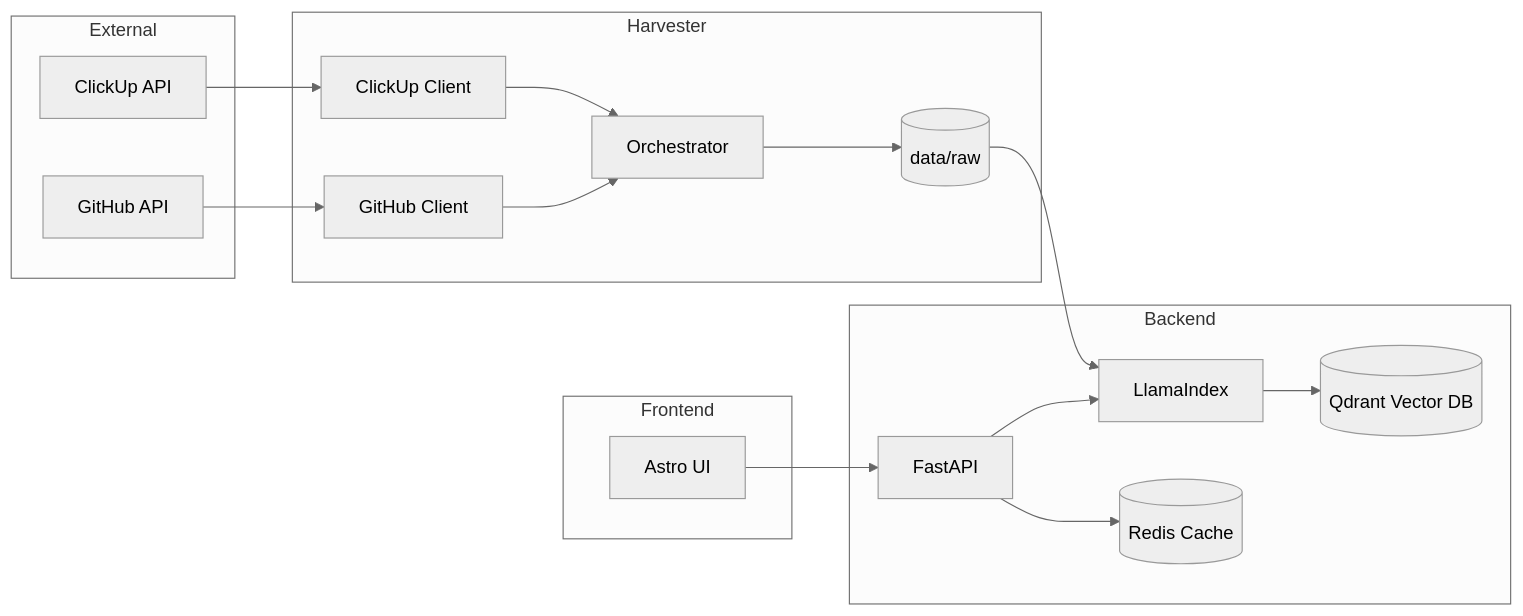
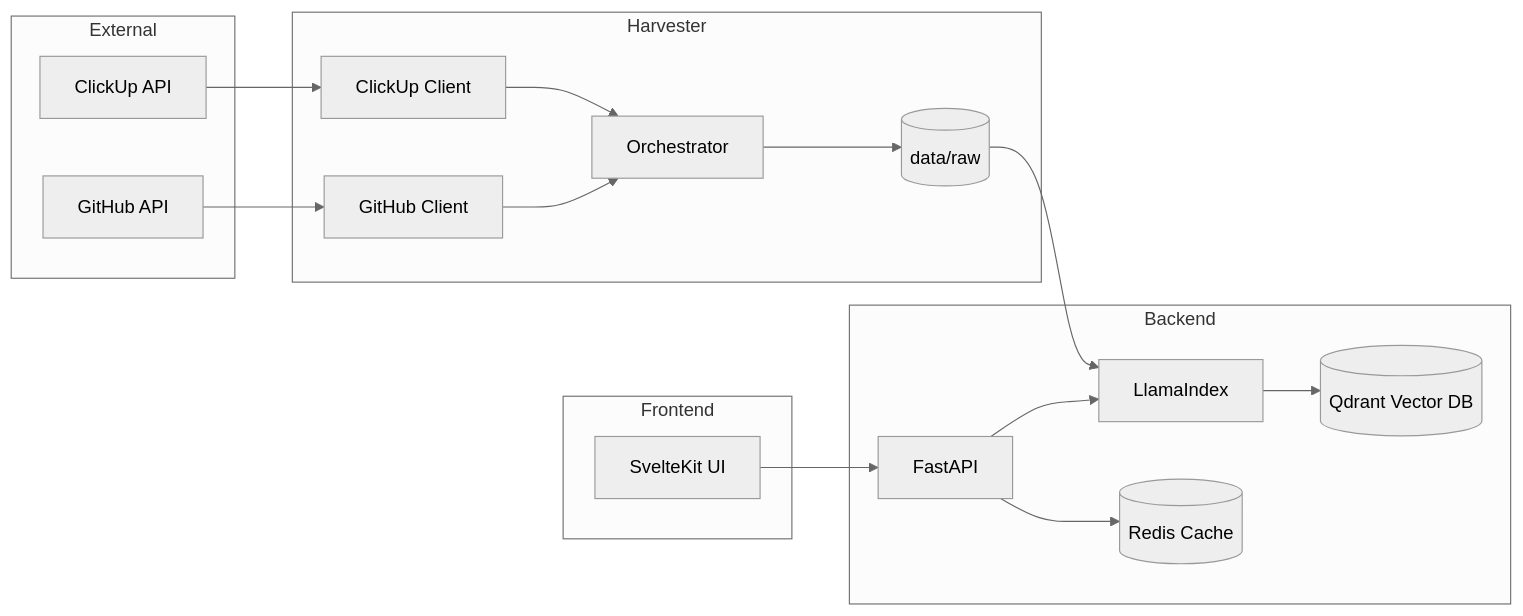
The diagram in README.md (jmiguelv/klippy), drawn with Mermaid (neutral theme) before and after one commit. The commit also changed other lines of this file and 1 other file, not shown here.

First line of the commit message:
chore: remove frontend Docker service and update docs for SvelteKit

````diff
--- a/README.md
+++ b/README.md
@@ -9,36 +9,36 @@
 ```mermaid
 graph LR
     subgraph External
         CU[ClickUp API]
         GH[GitHub API]
     end
 
     subgraph Harvester
         ORCH[Orchestrator]
         CU_C[ClickUp Client]
         GH_C[GitHub Client]
         DATA_RAW[(data/raw)]
     end
 
     subgraph Backend
         FAST[FastAPI]
         LI[LlamaIndex]
         QD[(Qdrant Vector DB)]
         RD[(Redis Cache)]
     end
 
     subgraph Frontend
-        AST[Astro UI]
+        SVT[SvelteKit UI]
     end
 
     CU --> CU_C
     GH --> GH_C
     CU_C --> ORCH
     GH_C --> ORCH
     ORCH --> DATA_RAW
     DATA_RAW --> LI
     LI --> QD
-    AST --> FAST
+    SVT --> FAST
     FAST --> RD
     FAST --> LI
 ```
````
